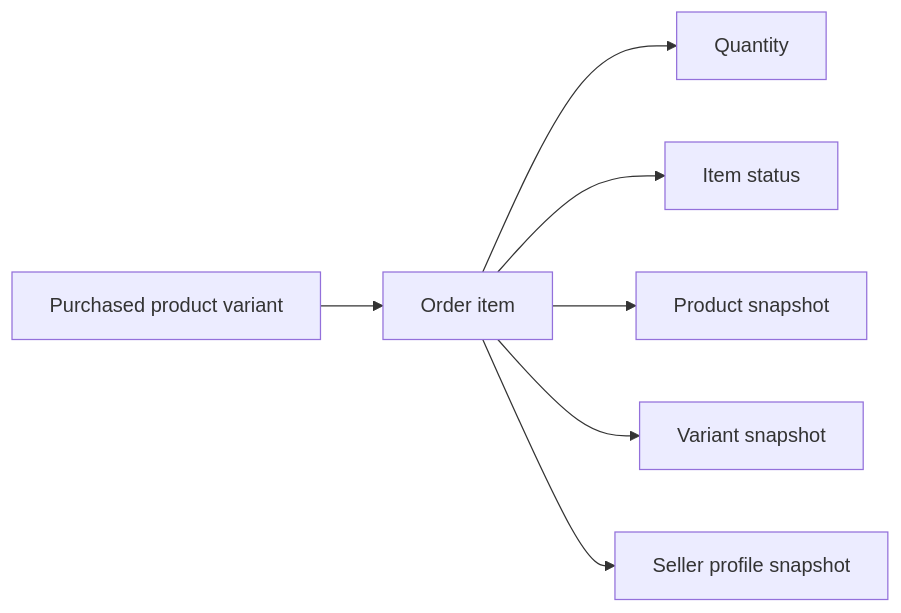
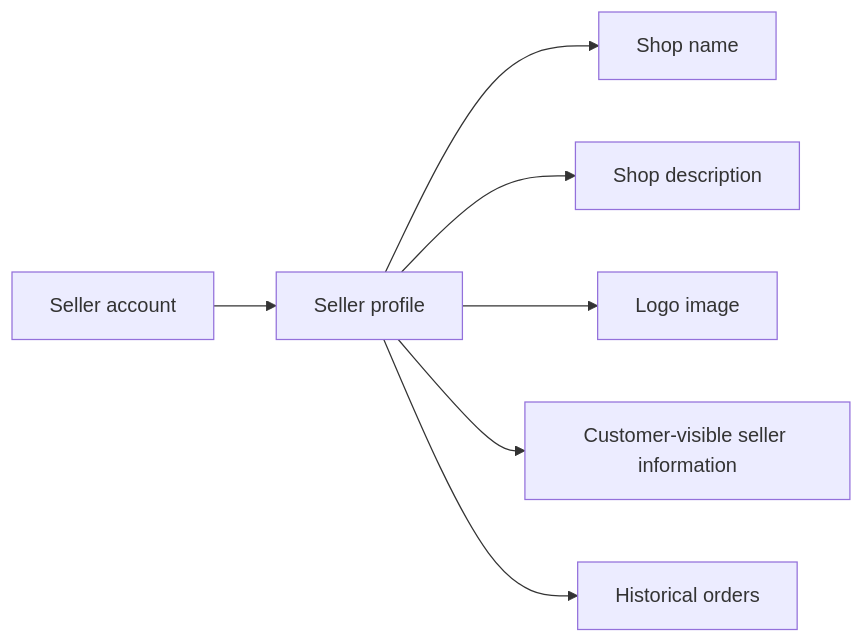
The tenth of 32 diagrams in openai/gpt-5.4-mini/shopping/docs/analysis/02-domain-model.md (wrtnlabs/autobe-examples), drawn with Mermaid before and after one commit. The commit also changed other lines of this file and 9017 other files, not shown here.

````diff
--- a/openai/gpt-5.4-mini/shopping/docs/analysis/02-domain-model.md
+++ b/openai/gpt-5.4-mini/shopping/docs/analysis/02-domain-model.md
@@ -504,9 +197,9 @@
 ```mermaid
 flowchart LR
-    A["Purchased product variant"] --> B["Order item"]
-    B --> C["Quantity"]
-    B --> D["Item status"]
-    B --> E["Product snapshot"]
-    B --> F["Variant snapshot"]
-    B --> G["Seller profile snapshot"]
+    A["Seller account"] --> B["Seller profile"]
+    B --> C["Shop name"]
+    B --> D["Shop description"]
+    B --> E["Logo image"]
+    B --> F["Customer-visible seller information"]
+    B --> G["Historical orders"]
 ```
````
